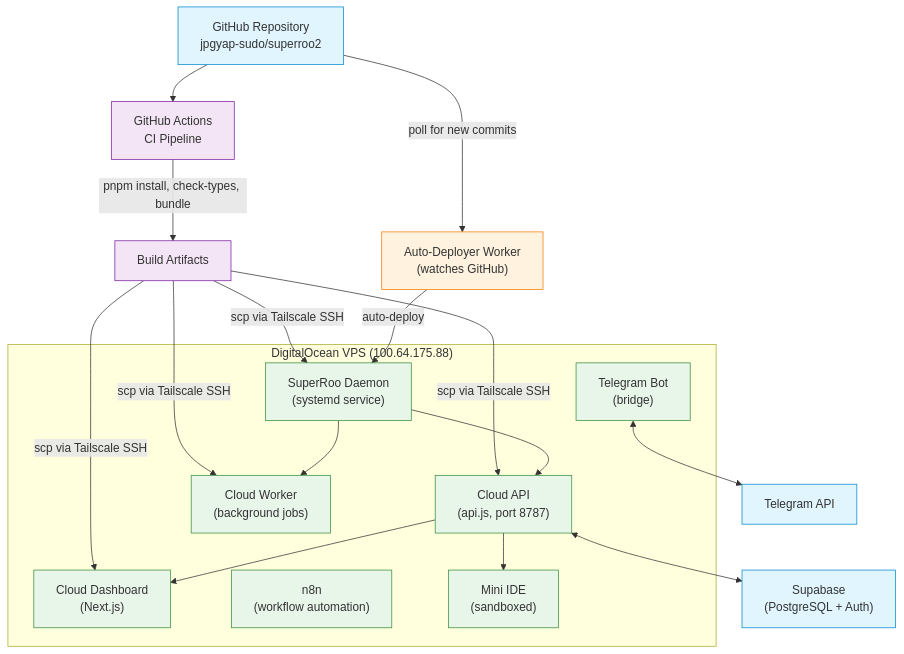
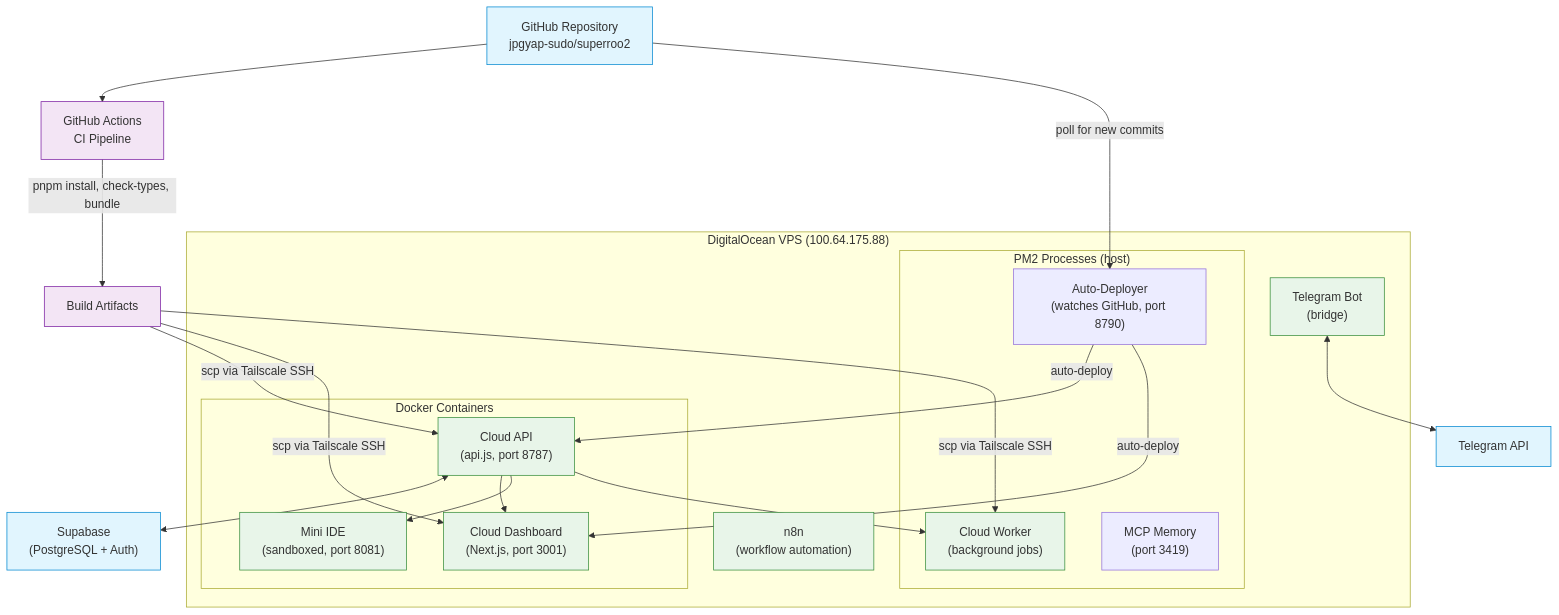
One commit to jpgyap-sudo/superroo2 changed the fifth of 5 diagrams in docs/super-roo/ARCHITECTURE_DIAGRAMS.md. Above: the diagram before and after it, drawn with Mermaid. The commit also changed other lines of this file and 86 other files, not shown here.

````diff
--- a/docs/super-roo/ARCHITECTURE_DIAGRAMS.md
+++ b/docs/super-roo/ARCHITECTURE_DIAGRAMS.md
@@ -562,53 +606,58 @@
 ```mermaid
 flowchart TD
     %% GitHub
     GH["GitHub Repository\njpgyap-sudo/superroo2"]
 
     %% CI
     CI["GitHub Actions\nCI Pipeline"]
     GH --> CI
     CI -->|"pnpm install, check-types, bundle"| BUILD["Build Artifacts"]
 
     %% VPS
     subgraph VPS["DigitalOcean VPS (100.64.175.88)"]
-        DAEMON["SuperRoo Daemon\n(systemd service)"]
-        API["Cloud API\n(api.js, port 8787)"]
-        DASHBOARD["Cloud Dashboard\n(Next.js)"]
-        WORKER["Cloud Worker\n(background jobs)"]
+        subgraph DOCKER["Docker Containers"]
+            DASHBOARD["Cloud Dashboard\n(Next.js, port 3001)"]
+            MINIIDE["Mini IDE\n(sandboxed, port 8081)"]
+            API["Cloud API\n(api.js, port 8787)"]
+        end
+
+        subgraph PM2["PM2 Processes (host)"]
+            WORKER["Cloud Worker\n(background jobs)"]
+            AUTODEPLOYER["Auto-Deployer\n(watches GitHub, port 8790)"]
+            MCPMEMORY["MCP Memory\n(port 3419)"]
+        end
+
+        N8N["n8n\n(workflow automation)"]
         TELEGRAM["Telegram Bot\n(bridge)"]
-        N8N["n8n\n(workflow automation)"]
-        MINIIDE["Mini IDE\n(sandboxed)"]
     end
 
-    BUILD -->|"scp via Tailscale SSH"| DAEMON
     BUILD -->|"scp via Tailscale SSH"| API
     BUILD -->|"scp via Tailscale SSH"| DASHBOARD
     BUILD -->|"scp via Tailscale SSH"| WORKER
 
     %% External
     TG["Telegram API"]
     SUPABASE["Supabase\n(PostgreSQL + Auth)"]
 
     TELEGRAM <--> TG
     API <--> SUPABASE
-    DAEMON --> API
-    DAEMON --> WORKER
     API --> DASHBOARD
     API --> MINIIDE
+    API --> WORKER
 
     %% Auto-deployer
-    WATCHER["Auto-Deployer Worker\n(watches GitHub)"]
-    GH -->|"poll for new commits"| WATCHER
-    WATCHER -->|"auto-deploy"| DAEMON
+    GH -->|"poll for new commits"| AUTODEPLOYER
+    AUTODEPLOYER -->|"auto-deploy"| API
+    AUTODEPLOYER -->|"auto-deploy"| DASHBOARD
 
     %% Styling
     classDef external fill:#e1f5fe,stroke:#0288d1
     classDef ci fill:#f3e5f5,stroke:#7b1fa2
     classDef vps fill:#e8f5e9,stroke:#388e3c
     classDef deploy fill:#fff3e0,stroke:#f57c00
 
     class GH,TG,SUPABASE external
     class CI,BUILD ci
     class DAEMON,API,DASHBOARD,WORKER,TELEGRAM,N8N,MINIIDE vps
     class WATCHER deploy
 ```
````
